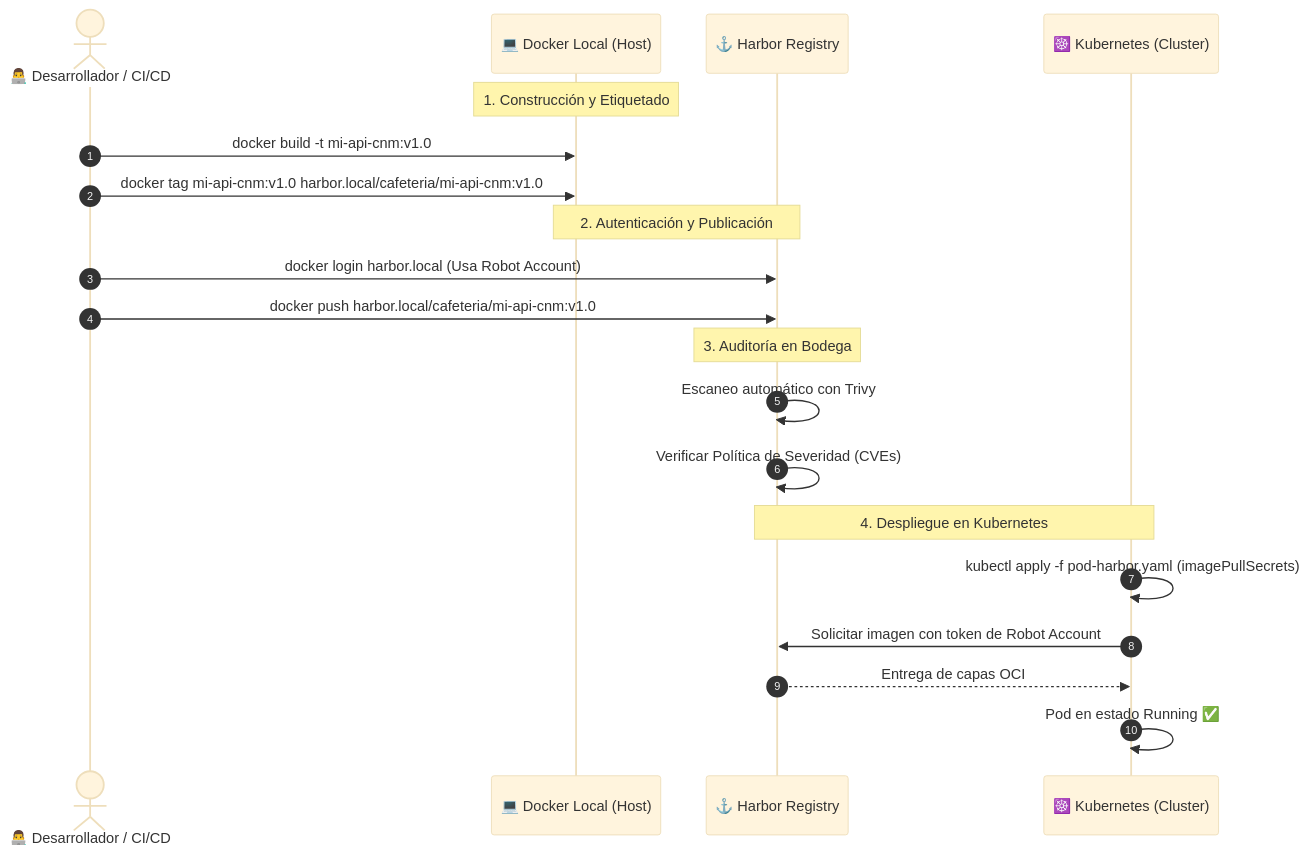
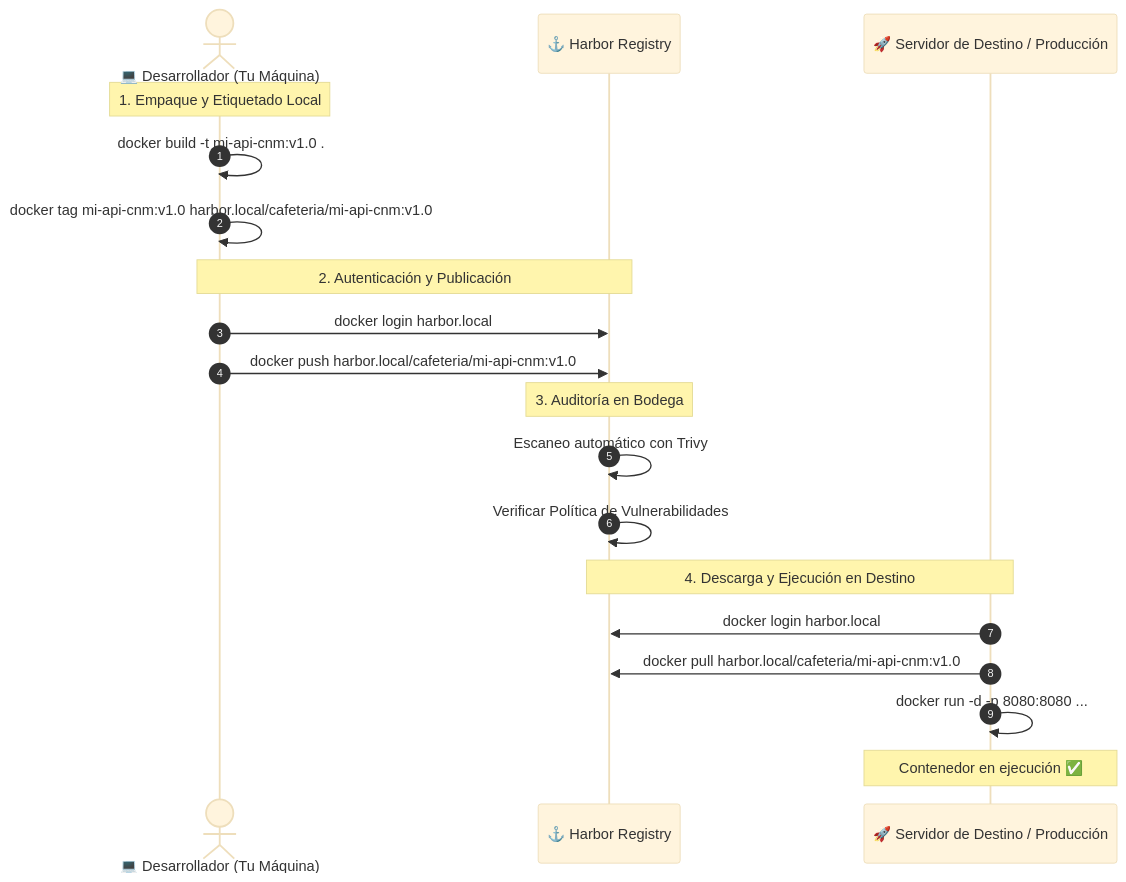
The diagram in semana-00-fundamentos-docker/1.ejemplos/05-registro-imagenes-harbor/README.md (Camilaux/Fundamentos-Kubernetes), drawn with Mermaid (base theme) before and after one commit. The commit also changed other lines of this file and 4 other files, not shown here.

````diff
--- a/semana-00-fundamentos-docker/1.ejemplos/05-registro-imagenes-harbor/README.md
+++ b/semana-00-fundamentos-docker/1.ejemplos/05-registro-imagenes-harbor/README.md
@@ -23,26 +24,25 @@
 ```mermaid
 sequenceDiagram
     autonumber
-    actor Dev as 👨‍💻 Desarrollador / CI/CD
-    participant Local as 💻 Docker Local (Host)
+    actor Dev as 💻 Desarrollador (Tu Máquina)
     participant Harbor as ⚓ Harbor Registry
-    participant K8s as ☸️ Kubernetes (Cluster)
+    participant Servidor as 🚀 Servidor de Destino / Producción
 
-    Note over Local: 1. Construcción y Etiquetado
-    Dev->>Local: docker build -t mi-api-cnm:v1.0
-    Dev->>Local: docker tag mi-api-cnm:v1.0 harbor.local/cafeteria/mi-api-cnm:v1.0
+    Note over Dev: 1. Empaque y Etiquetado Local
+    Dev->>Dev: docker build -t mi-api-cnm:v1.0 .
+    Dev->>Dev: docker tag mi-api-cnm:v1.0 harbor.local/cafeteria/mi-api-cnm:v1.0
 
-    Note over Local,Harbor: 2. Autenticación y Publicación
-    Dev->>Harbor: docker login harbor.local (Usa Robot Account)
+    Note over Dev,Harbor: 2. Autenticación y Publicación
+    Dev->>Harbor: docker login harbor.local
     Dev->>Harbor: docker push harbor.local/cafeteria/mi-api-cnm:v1.0
 
     Note over Harbor: 3. Auditoría en Bodega
     Harbor->>Harbor: Escaneo automático con Trivy
-    Harbor->>Harbor: Verificar Política de Severidad (CVEs)
+    Harbor->>Harbor: Verificar Política de Vulnerabilidades
 
-    Note over Harbor,K8s: 4. Despliegue en Kubernetes
-    K8s->>K8s: kubectl apply -f pod-harbor.yaml (imagePullSecrets)
-    K8s->>Harbor: Solicitar imagen con token de Robot Account
-    Harbor-->>K8s: Entrega de capas OCI
-    K8s->>K8s: Pod en estado Running ✅
+    Note over Harbor,Servidor: 4. Descarga y Ejecución en Destino
+    Servidor->>Harbor: docker login harbor.local
+    Servidor->>Harbor: docker pull harbor.local/cafeteria/mi-api-cnm:v1.0
+    Servidor->>Servidor: docker run -d -p 8080:8080 ...
+    Note over Servidor: Contenedor en ejecución ✅
 ```
````
